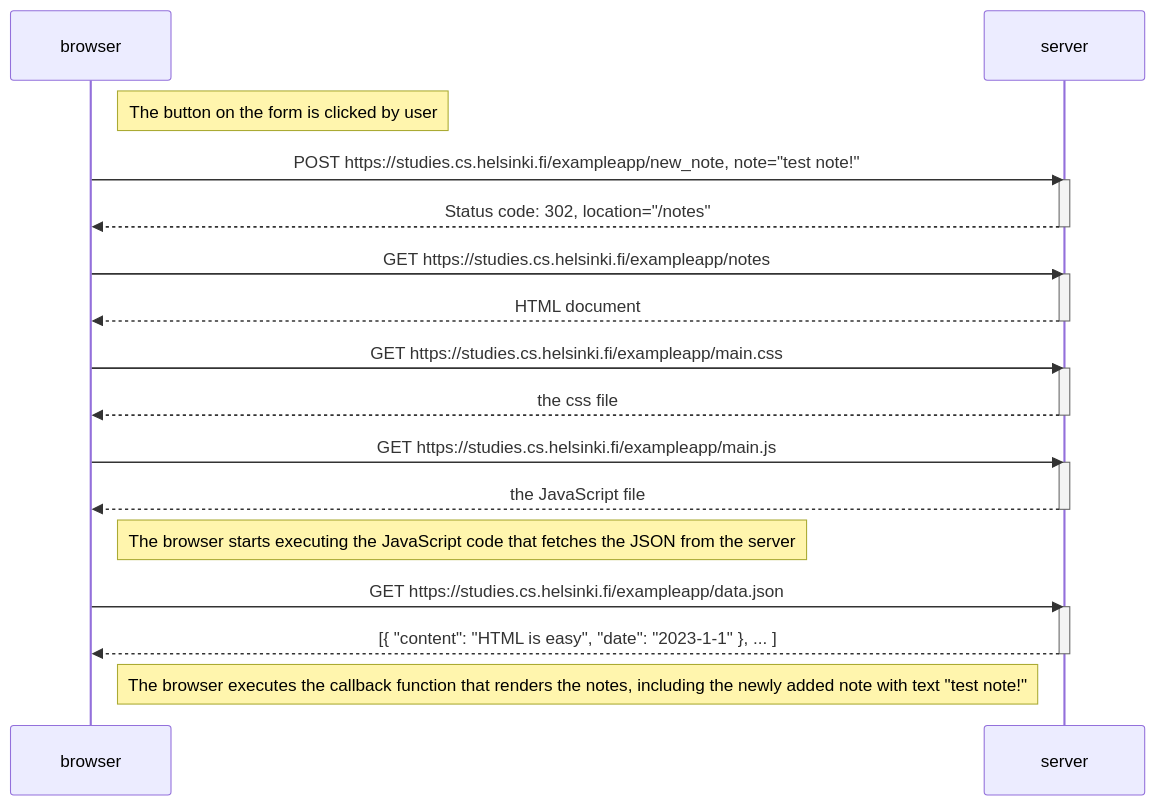
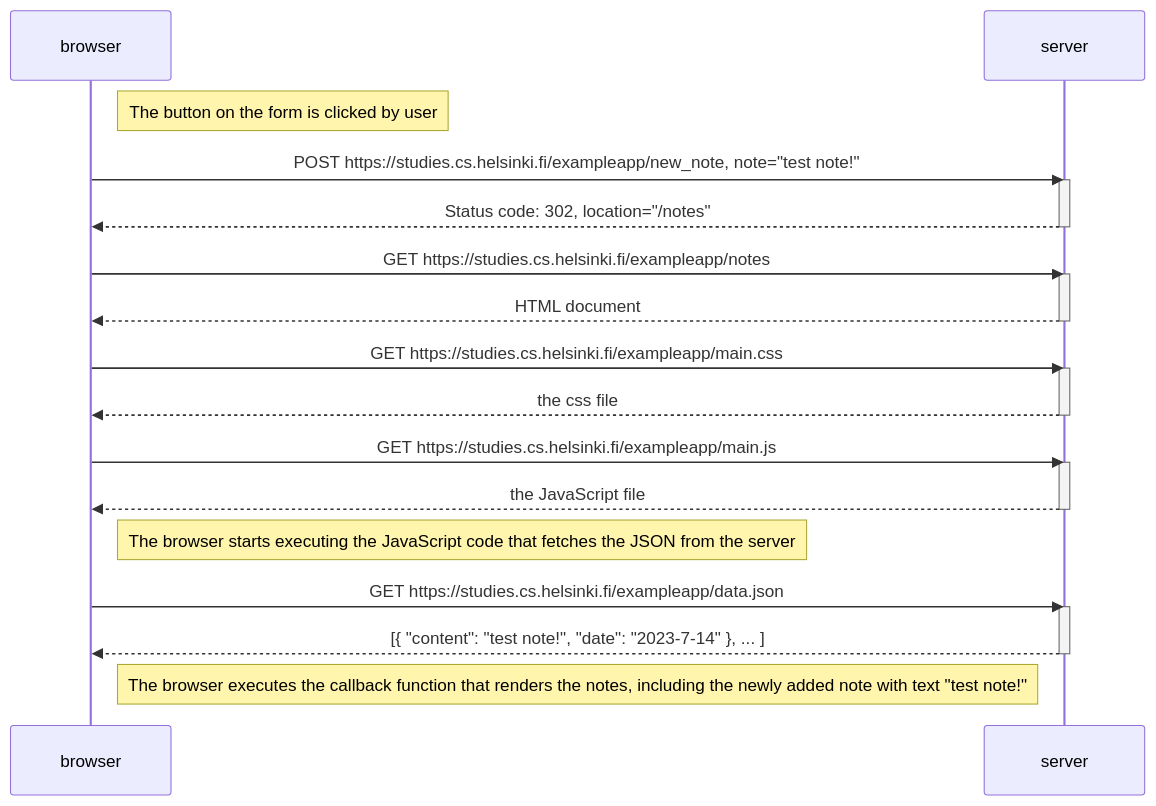
The diagram in part0/0.4.md (esbrown/full_stack_open_modern_web_development), drawn with Mermaid before and after one commit.

Commit message:
update content text in diagram

````diff
--- a/part0/0.4.md
+++ b/part0/0.4.md
@@ -2,36 +2,36 @@
 ```mermaid
 sequenceDiagram
     participant browser
     participant server
 
     Note right of browser: The button on the form is clicked by user
 
     browser->>server: POST https://studies.cs.helsinki.fi/exampleapp/new_note, note="test note!"
     activate server
     server-->>browser: Status code: 302, location="/notes"
     deactivate server
 
     browser->>server: GET https://studies.cs.helsinki.fi/exampleapp/notes
     activate server
     server-->>browser: HTML document
     deactivate server
 
     browser->>server: GET https://studies.cs.helsinki.fi/exampleapp/main.css
     activate server
     server-->>browser: the css file
     deactivate server
 
     browser->>server: GET https://studies.cs.helsinki.fi/exampleapp/main.js
     activate server
     server-->>browser: the JavaScript file
     deactivate server
 
     Note right of browser: The browser starts executing the JavaScript code that fetches the JSON from the server
 
     browser->>server: GET https://studies.cs.helsinki.fi/exampleapp/data.json
     activate server
-    server-->>browser: [{ "content": "HTML is easy", "date": "2023-1-1" }, ... ]
+    server-->>browser: [{ "content": "test note!", "date": "2023-7-14" }, ... ]
     deactivate server
 
     Note right of browser: The browser executes the callback function that renders the notes, including the newly added note with text "test note!"
 ```
````
